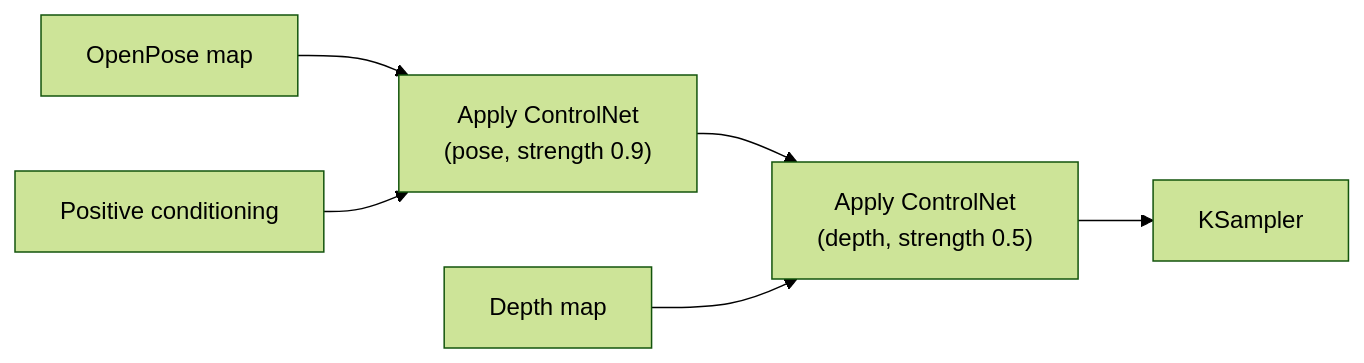
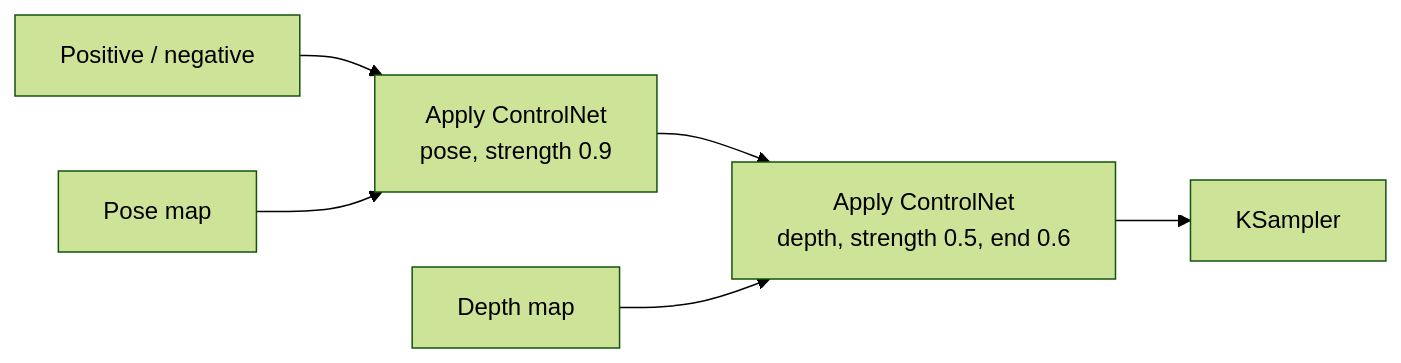
The third of 3 diagrams in github-pages/docs/ai-ml/controlnet.md (AndrewAltimit/Documentation), drawn with Mermaid (forest theme) before and after one commit. The commit also changed other lines of this file and 240 other files, not shown here.

````diff
--- a/github-pages/docs/ai-ml/controlnet.md
+++ b/github-pages/docs/ai-ml/controlnet.md
@@ -206,8 +156,8 @@
 ```mermaid
 flowchart LR
-    P1["OpenPose map"] --> A1["Apply ControlNet<br/>(pose, strength 0.9)"]
-    Pos["Positive conditioning"] --> A1
-    A1 --> A2["Apply ControlNet<br/>(depth, strength 0.5)"]
+    Cond["Positive / negative"] --> A1["Apply ControlNet<br/>pose, strength 0.9"]
+    P1["Pose map"] --> A1
+    A1 --> A2["Apply ControlNet<br/>depth, strength 0.5, end 0.6"]
     P2["Depth map"] --> A2
     A2 --> KS["KSampler"]
 ```
````
